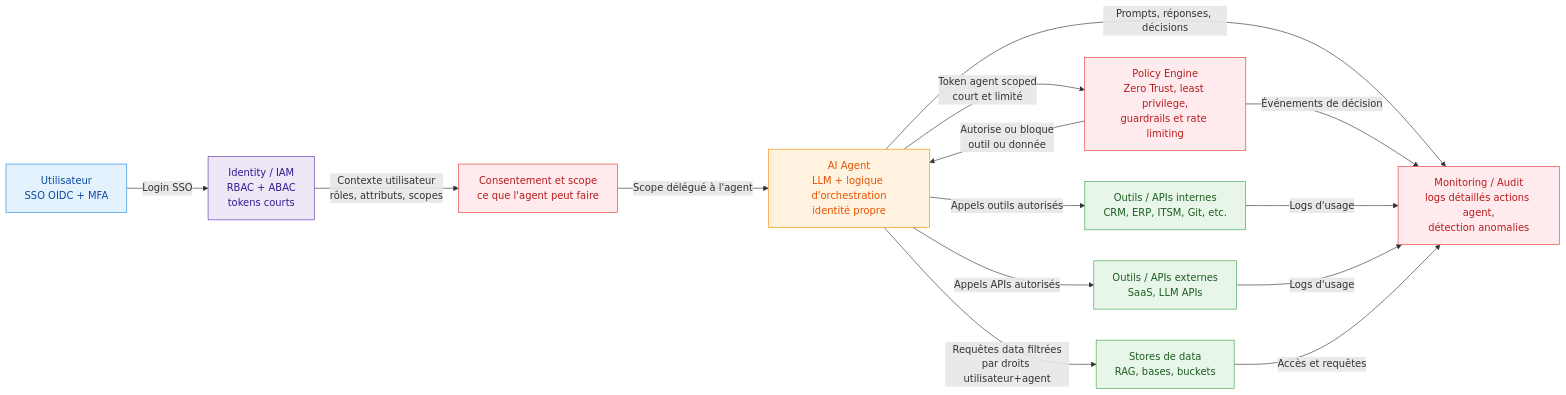
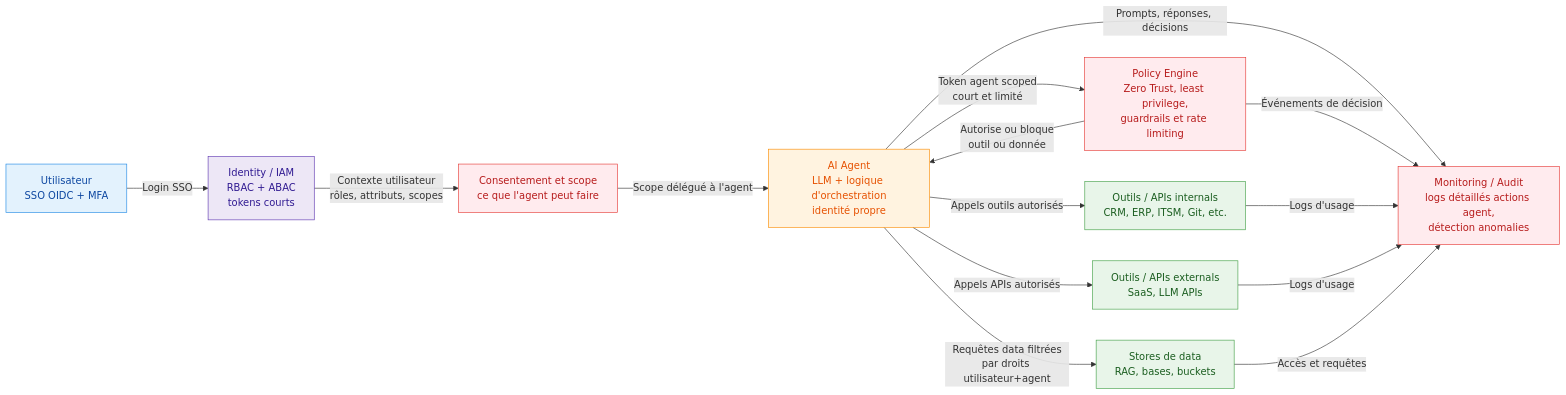
Before and after one commit to brunseba/ai-tech-watch: the diagram in docs/architecture/agentic-use-case-schema.md, drawn with Mermaid. The commit also changed other lines of this file and 24 other files, not shown here.

````diff
--- a/docs/architecture/agentic-use-case-schema.md
+++ b/docs/architecture/agentic-use-case-schema.md
@@ -8,38 +8,38 @@
 ```mermaid
 flowchart LR
     classDef user fill:#e3f2fd,stroke:#1e88e5,color:#0d47a1;
     classDef agent fill:#fff3e0,stroke:#fb8c00,color:#e65100;
     classDef tool fill:#e8f5e9,stroke:#43a047,color:#1b5e20;
     classDef sec fill:#ffebee,stroke:#e53935,color:#b71c1c;
     classDef infra fill:#ede7f6,stroke:#5e35b1,color:#311b92;
 
     U[Utilisateur<br/>SSO OIDC + MFA]:::user
     CONS[Consentement et scope<br/>ce que l'agent peut faire]:::sec
     IAM[Identity / IAM<br/>RBAC + ABAC<br/>tokens courts]:::infra
 
     A[AI Agent<br/>LLM + logique d'orchestration<br/>identité propre]:::agent
 
-    T1[Outils / APIs internes<br/>CRM, ERP, ITSM, Git, etc.]:::tool
-    T2[Outils / APIs externes<br/>SaaS, LLM APIs]:::tool
+    T1[Outils / APIs internals<br/>CRM, ERP, ITSM, Git, etc.]:::tool
+    T2[Outils / APIs externals<br/>SaaS, LLM APIs]:::tool
     DATA[Stores de data<br/>RAG, bases, buckets]:::tool
 
     POL[Policy Engine<br/>Zero Trust, least privilege,<br/>guardrails et rate limiting]:::sec
     MON[Monitoring / Audit<br/>logs détaillés actions agent,<br/>détection anomalies]:::sec
 
     U -->|Login SSO| IAM
     IAM -->|Contexte utilisateur<br/>rôles, attributs, scopes| CONS
     CONS -->|Scope délégué à l'agent| A
 
     A -->|Token agent scoped<br/>court et limité| POL
     POL -->|Autorise ou bloque<br/>outil ou donnée| A
 
     A -->|Appels outils autorisés| T1
     A -->|Appels APIs autorisés| T2
     A -->|Requêtes data filtrées<br/>par droits utilisateur+agent| DATA
 
     A -->|Prompts, réponses, décisions| MON
     POL -->|Événements de décision| MON
     T1 -->|Logs d'usage| MON
     T2 -->|Logs d'usage| MON
     DATA -->|Accès et requêtes| MON
 ```
````
